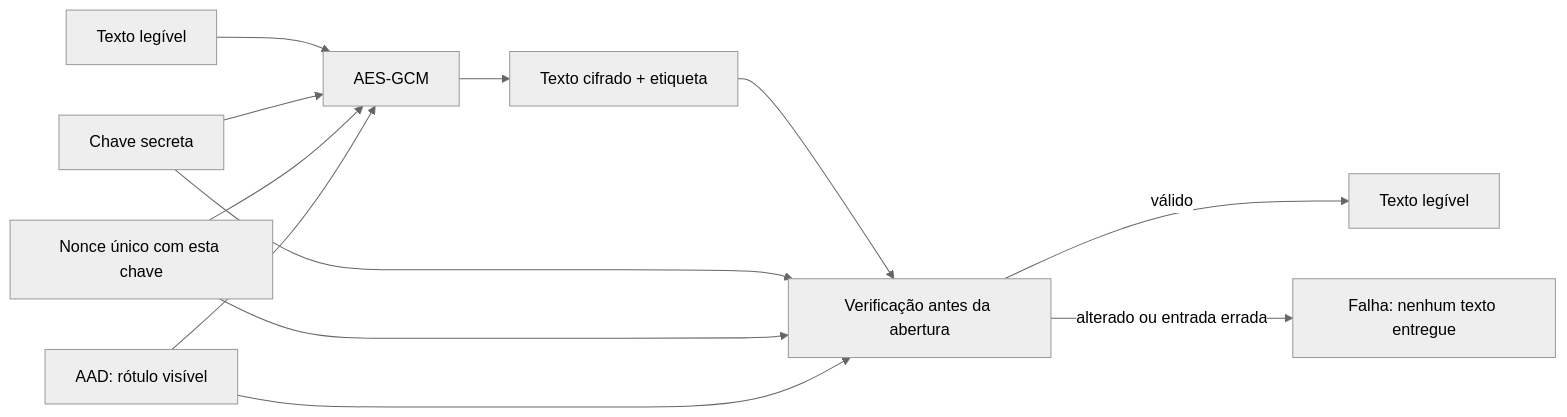
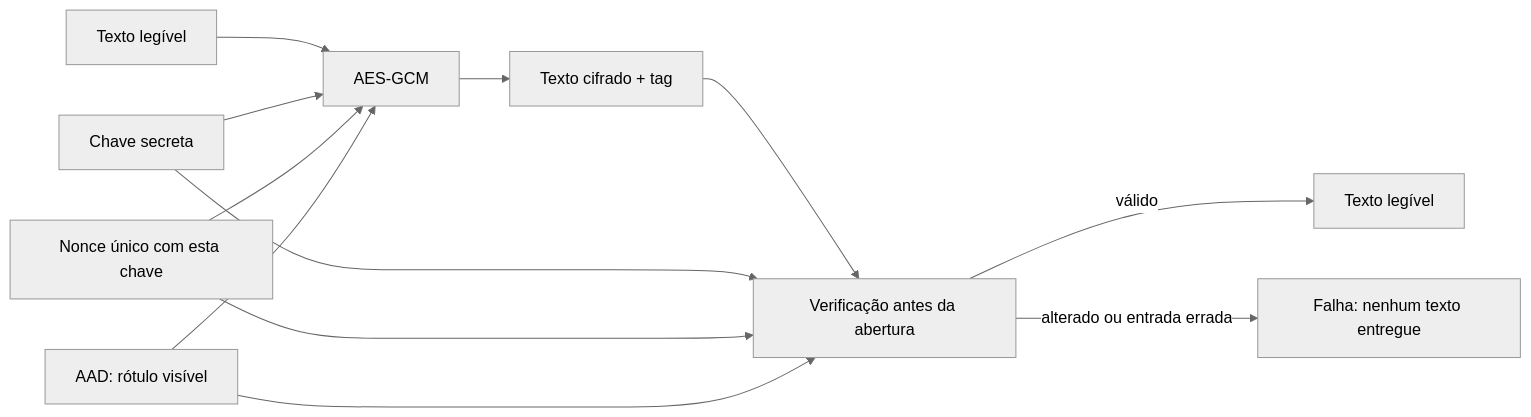
Before and after one commit to rafaelrezo/seguranca-digital: the second of 2 diagrams in docs/aulas/A14-cifra-simetrica-autenticada.md, drawn with Mermaid (neutral theme). The commit also changed other lines of this file and 10 other files, not shown here.

````diff
--- a/docs/aulas/A14-cifra-simetrica-autenticada.md
+++ b/docs/aulas/A14-cifra-simetrica-autenticada.md
@@ -165,14 +221,14 @@
 ```mermaid
 flowchart LR
     P[Texto legível] --> C[AES-GCM]
     K[Chave secreta] --> C
     N[Nonce único com esta chave] --> C
     A[AAD: rótulo visível] --> C
-    C --> O[Texto cifrado + etiqueta]
+    C --> O[Texto cifrado + tag]
     O --> V[Verificação antes da abertura]
     K --> V
     N --> V
     A --> V
     V -->|válido| R[Texto legível]
     V -->|alterado ou entrada errada| F[Falha: nenhum texto entregue]
 ```
````
